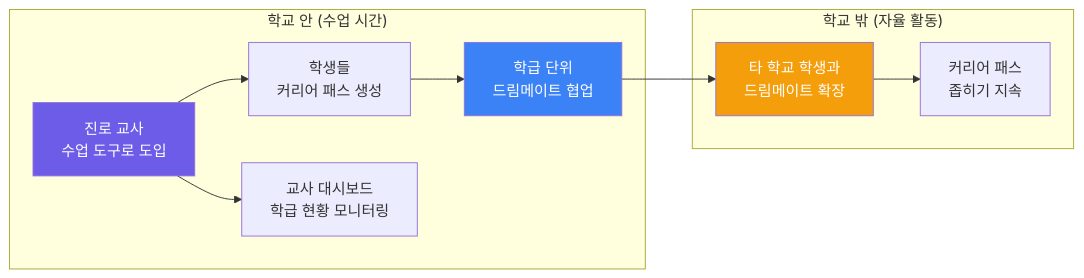
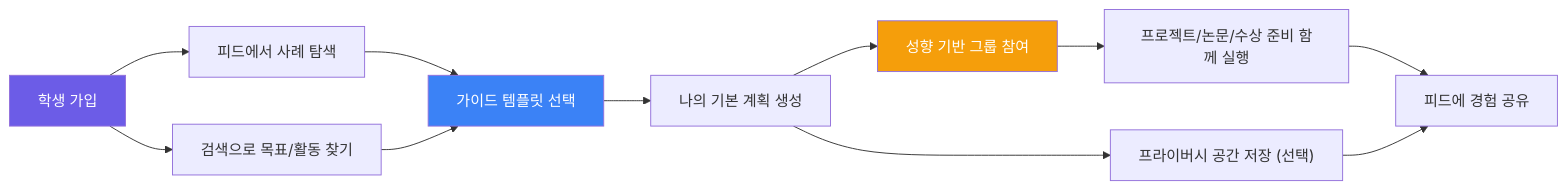
Before and after one commit to Collegenie-X/AI-career-path: the fifth of 6 diagrams in Readme.md, drawn with Mermaid. The commit also changed other lines of this file and 3 other files, not shown here.

````diff
--- a/Readme.md
+++ b/Readme.md
@@ -90,16 +312,17 @@
 ```mermaid
 graph LR
-    subgraph "학교 안 (수업 시간)"
-        T["진로 교사<br/>수업 도구로 도입"] --> S1["학생들<br/>커리어 패스 생성"]
-        S1 --> S2["학급 단위<br/>드림메이트 협업"]
-        T --> DASH["교사 대시보드<br/>학급 현황 모니터링"]
-    end
-    subgraph "학교 밖 (자율 활동)"
-        S2 --> S3["타 학교 학생과<br/>드림메이트 확장"]
-        S3 --> S4["커리어 패스<br/>좁히기 지속"]
-    end
+    A["학생 가입"] --> B["피드에서 사례 탐색"]
+    A --> C["검색으로 목표/활동 찾기"]
+    B --> D["가이드 템플릿 선택"]
+    C --> D
+    D --> E["나의 기본 계획 생성"]
+    E --> F["성향 기반 그룹 참여"]
+    F --> G["프로젝트/논문/수상 준비 함께 실행"]
+    G --> H["피드에 경험 공유"]
+    E --> I["프라이버시 공간 저장 (선택)"]
+    I --> H
 
-    style T fill:#6C5CE7,color:#fff
-    style S2 fill:#3B82F6,color:#fff
-    style S3 fill:#F59E0B,color:#fff
+    style A fill:#6C5CE7,color:#fff
+    style D fill:#3B82F6,color:#fff
+    style F fill:#F59E0B,color:#fff
 ```
````
